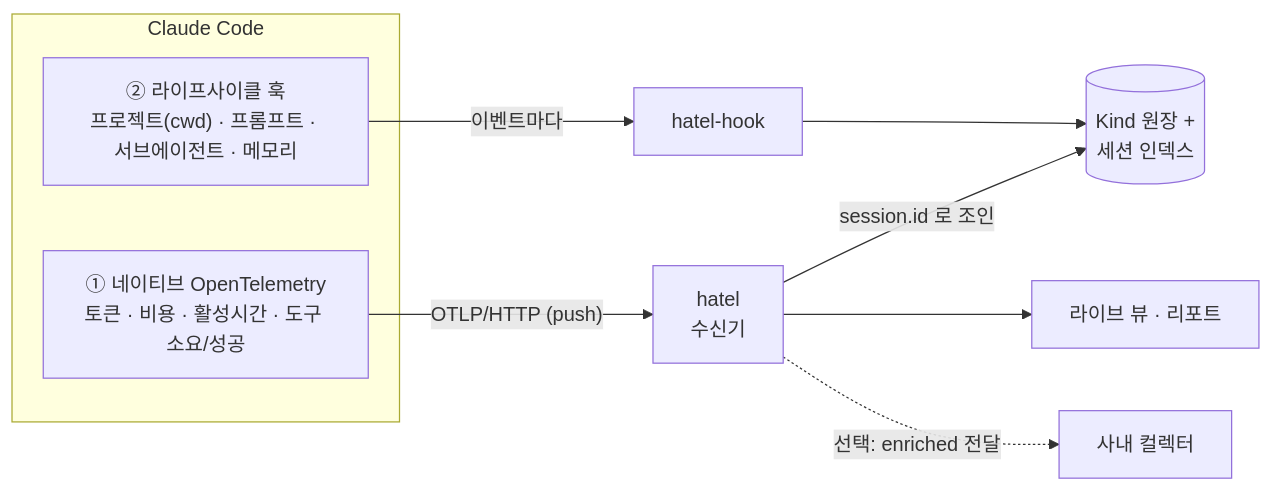
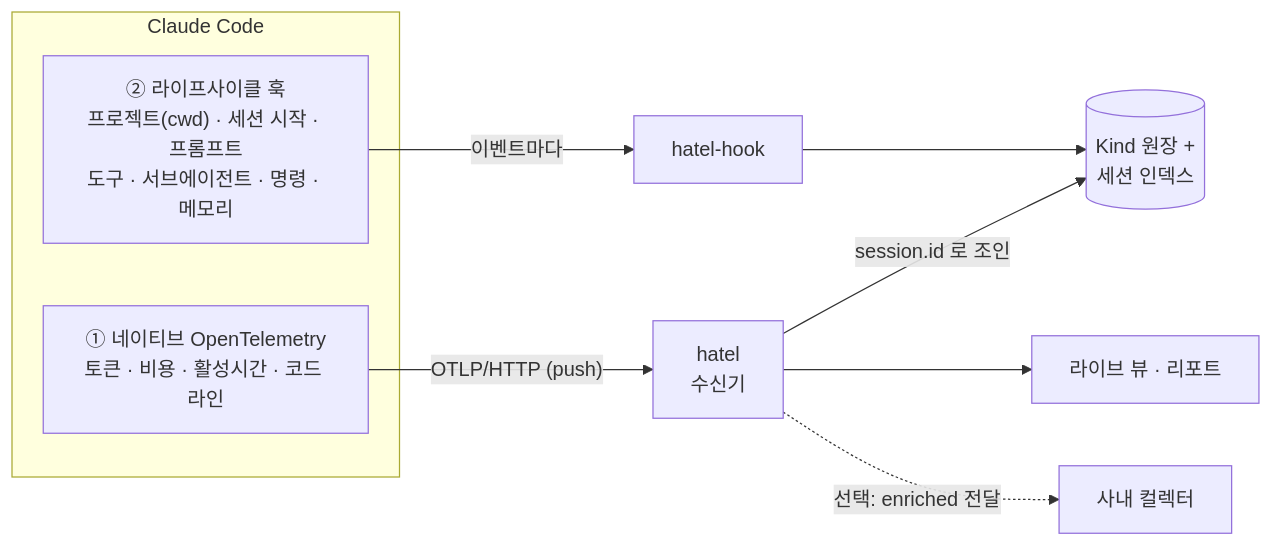
Before and after one commit to junyeong-ai/hatel: the first of 2 diagrams in README.md, drawn with Mermaid. The commit also changed other lines of this file and 3 other files, not shown here.

````diff
--- a/README.md
+++ b/README.md
@@ -33,13 +33,13 @@
 ```mermaid
 flowchart LR
   subgraph CC["Claude Code"]
-    M["① 네이티브 OpenTelemetry<br/>토큰 · 비용 · 활성시간 · 도구 소요/성공"]
-    H["② 라이프사이클 훅<br/>프로젝트(cwd) · 프롬프트 · 서브에이전트 · 메모리"]
+    M["① 네이티브 OpenTelemetry<br/>토큰 · 비용 · 활성시간 · 코드 라인"]
+    H["② 라이프사이클 훅<br/>프로젝트(cwd) · 세션 시작 · 프롬프트<br/>도구 · 서브에이전트 · 명령 · 메모리"]
   end
   M -->|"OTLP/HTTP (push)"| R["hatel<br/>수신기"]
   H -->|"이벤트마다"| K["hatel-hook"]
   K --> IDX[("Kind 원장 +<br/>세션 인덱스")]
   R -->|"session.id 로 조인"| IDX
   R --> OUT["라이브 뷰 · 리포트"]
   R -.->|"선택: enriched 전달"| CORP["사내 컬렉터"]
 ```
````
